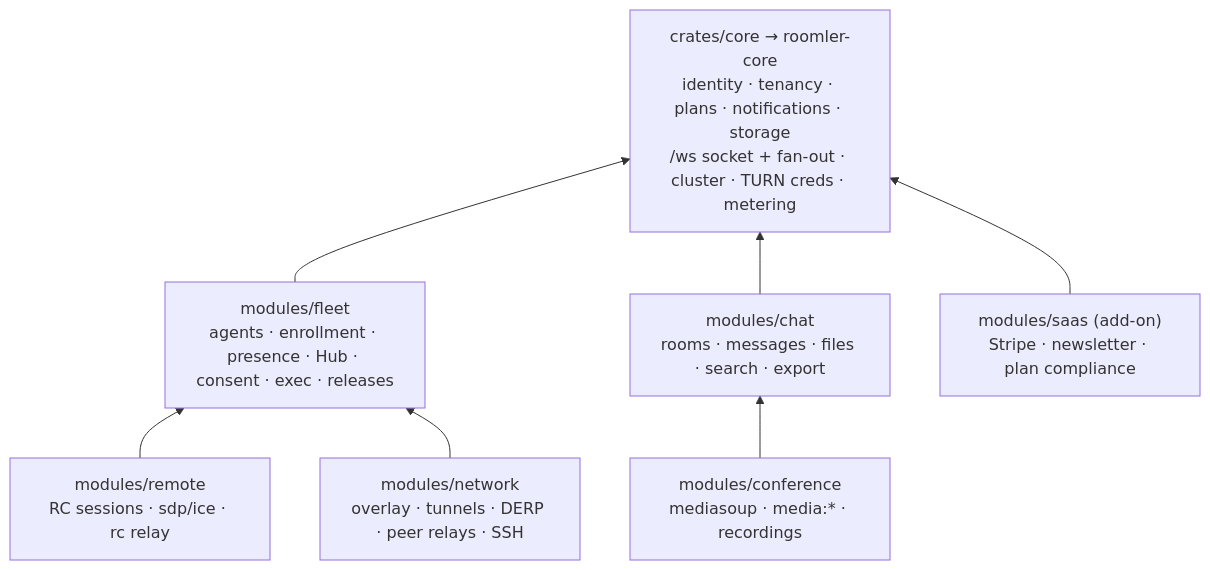
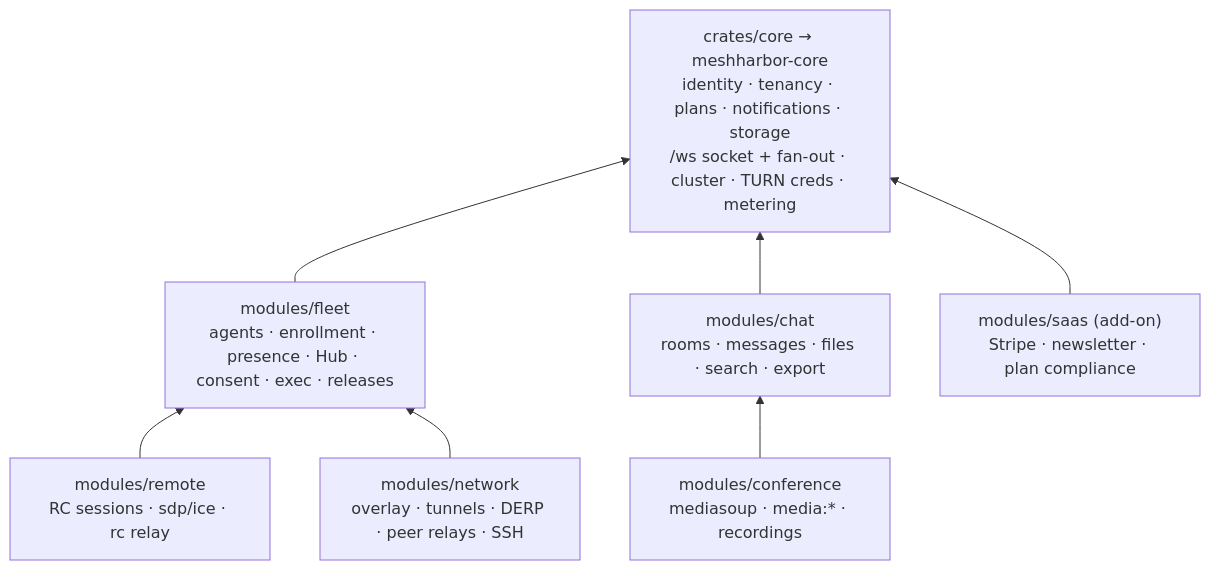
The fourth of 4 diagrams in docs/architecture.md (jk-zhang-meta/MeshHarbor), drawn with Mermaid before and after one commit. The commit also changed other lines of this file and 1297 other files, not shown here.

First line of the commit message:
rename(1/5): crate, package and directory names roomler -> meshharbor

````diff
--- a/docs/architecture.md
+++ b/docs/architecture.md
@@ -176,16 +176,16 @@
 ```mermaid
 flowchart BT
-    core["crates/core → roomler-core<br/>identity · tenancy · plans · notifications · storage<br/>/ws socket + fan-out · cluster · TURN creds · metering"]
+    core["crates/core → meshharbor-core<br/>identity · tenancy · plans · notifications · storage<br/>/ws socket + fan-out · cluster · TURN creds · metering"]
     fleet["modules/fleet<br/>agents · enrollment · presence · Hub · consent · exec · releases"]
     chat["modules/chat<br/>rooms · messages · files · search · export"]
     conference["modules/conference<br/>mediasoup · media:* · recordings"]
     remote["modules/remote<br/>RC sessions · sdp/ice · rc relay"]
     network["modules/network<br/>overlay · tunnels · DERP · peer relays · SSH"]
     saas["modules/saas (add-on)<br/>Stripe · newsletter · plan compliance"]
     fleet --> core
     chat --> core
     saas --> core
     conference --> chat
     remote --> fleet
     network --> fleet
 ```
````
